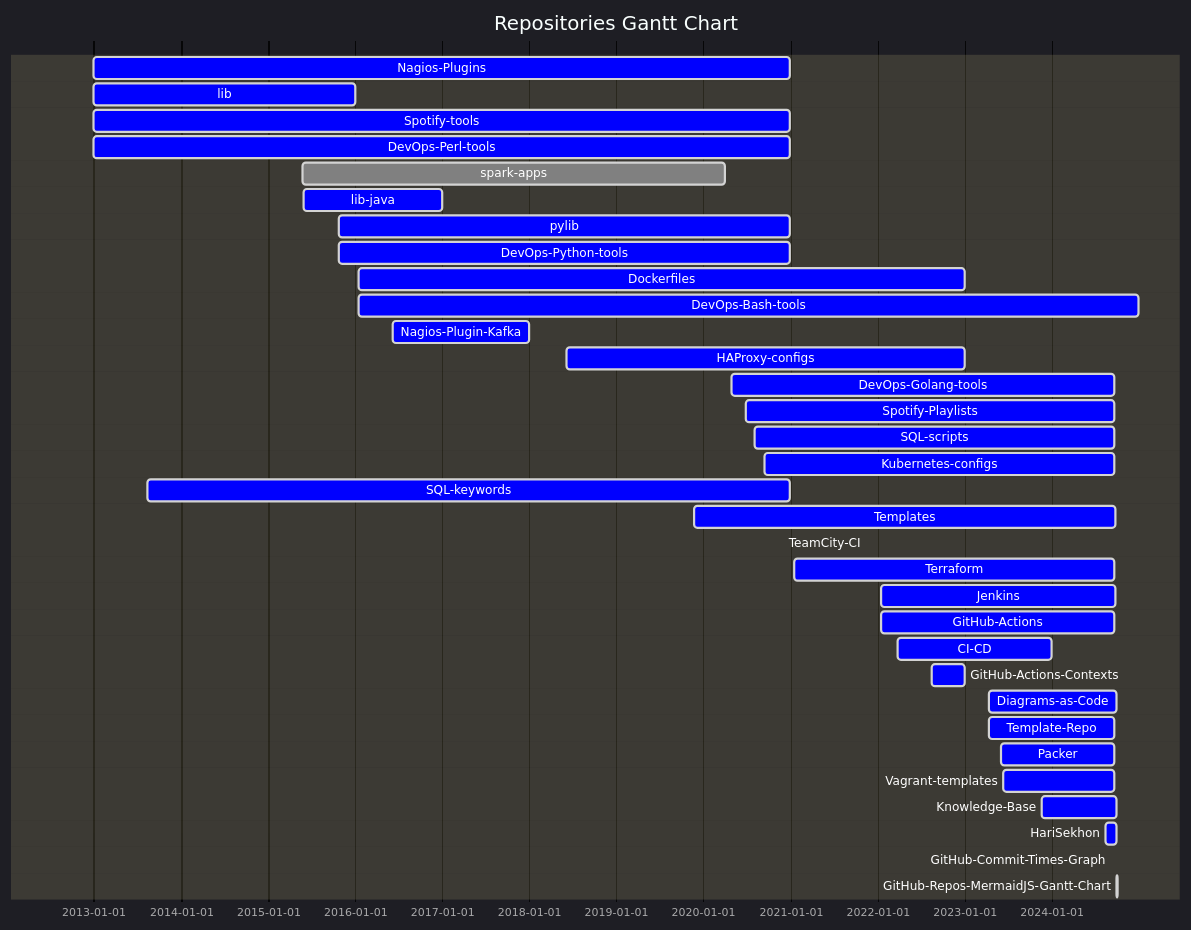
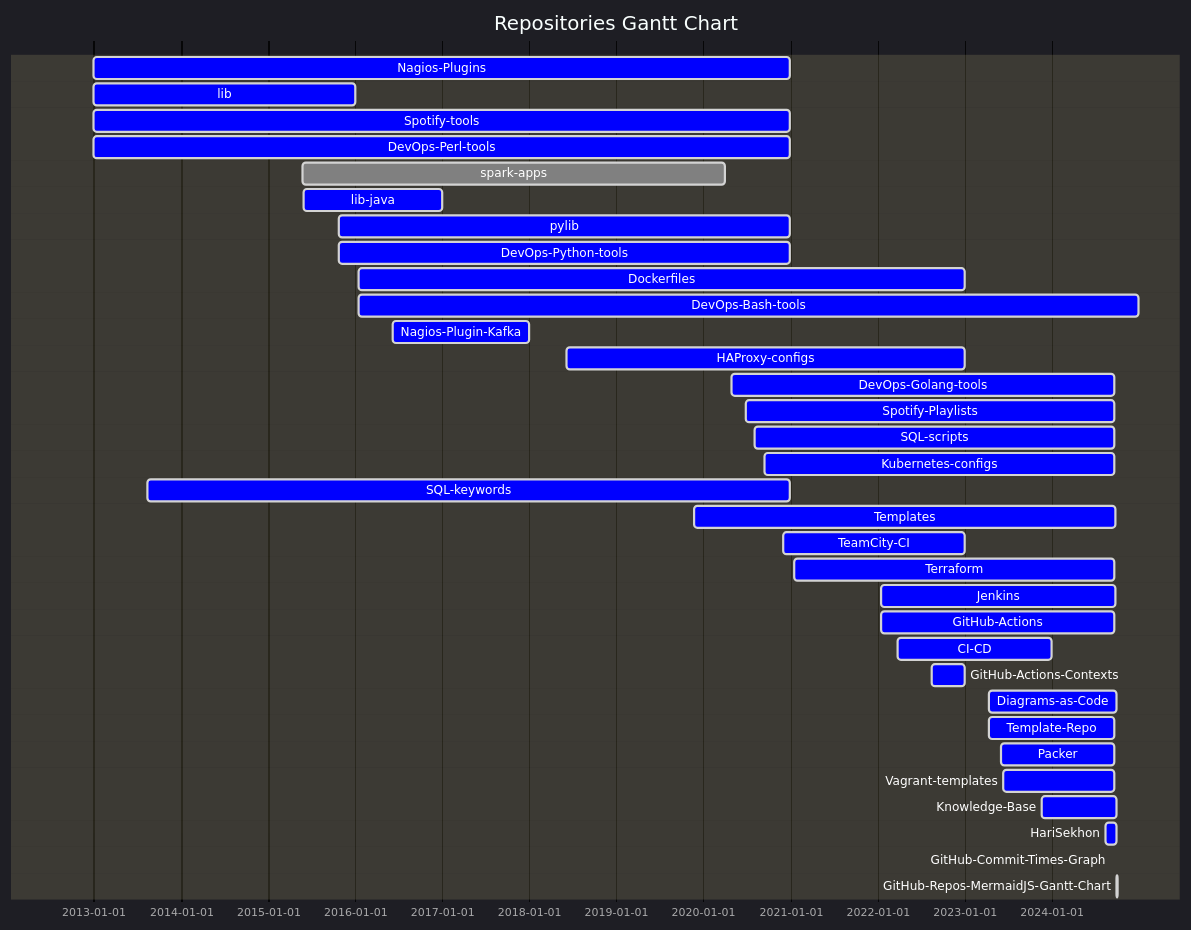
Before and after one commit to HariSekhon/HariSekhon: the first of 2 diagrams in README.md, drawn with Mermaid.

````diff
--- a/README.md
+++ b/README.md
@@ -259,55 +259,55 @@
 ```mermaid
 %%{ init: {
         "logLevel": "debug",
         'theme': 'dark',
         'themeVariables': {
           'activeTaskBkgColor': '#0000ff',
           'activeTaskBorderColor': 'lightgrey',
           'critBorderColor': 'lightgrey',
           'doneTaskBkgColor': 'grey',
           'doneTaskBorderColor': 'lightgrey',
           'taskBkgColor': 'black',
           'taskBorderColor': 'black',
           'taskTextColor': 'white',
           'taskTextDarkColor': 'white',
           'taskTextLightColor': 'black',
           'todayLineColor': 'red'
         }
     }
 }%%
 gantt
     dateFormat  YYYY-MM-DD
     title Repositories Gantt Chart
     Nagios-Plugins : active, 2012-12-30, 2020-12-31
     lib : active, 2012-12-30, 2015-12-31
     Spotify-tools : active, 2012-12-30, 2020-12-31
     DevOps-Perl-tools : active, 2012-12-30, 2020-12-31
     spark-apps : done, 2015-05-25, 2020-04-02
     lib-java : active, 2015-05-31, 2016-12-31
     pylib : active, 2015-10-27, 2020-12-31
     DevOps-Python-tools : active, 2015-10-27, 2020-12-31
     Dockerfiles : active, 2016-01-17, 2022-12-31
     DevOps-Bash-tools : active, 2016-01-17, 2024-12-31
     Nagios-Plugin-Kafka : active, 2016-06-07, 2017-12-31
     HAProxy-configs : active, 2018-06-08, 2022-12-31
     DevOps-Golang-tools : active, 2020-04-30, 2024-09-22
     Spotify-Playlists : active, 2020-06-29, 2024-09-22
     SQL-scripts : active, 2020-08-05, 2024-09-21
     Kubernetes-configs : active, 2020-09-16, 2024-09-21
     SQL-keywords : active, 2013-08-13, 2020-12-31
     Templates : active, 2019-11-25, 2024-09-25
-    TeamCity-CI : active, 2020-12-03, 2022-13-31
+    TeamCity-CI : active, 2020-12-03, 2022-12-31
     Terraform : active, 2021-01-18, 2024-09-21
     Jenkins : active, 2022-01-17, 2024-09-23
     GitHub-Actions : active, 2022-01-17, 2024-09-22
     CI-CD : active, 2022-03-25, 2023-12-31
     GitHub-Actions-Contexts : active, 2022-08-17, 2022-12-31
     Diagrams-as-Code : active, 2023-04-14, 2024-10-02
     Template-Repo : active, 2023-04-15, 2024-09-22
     Packer : active, 2023-06-02, 2024-09-21
     Vagrant-templates : active, 2023-06-12, 2024-09-21
     Knowledge-Base : active, 2023-11-22, 2024-09-29
     HariSekhon : active, 2024-08-14, 2024-10-02
     GitHub-Commit-Times-Graph : active, 2024-09-07, 2024-09-08
     GitHub-Repos-MermaidJS-Gantt-Chart : active, 2024-10-02, 2024-10-03
 ```
````
